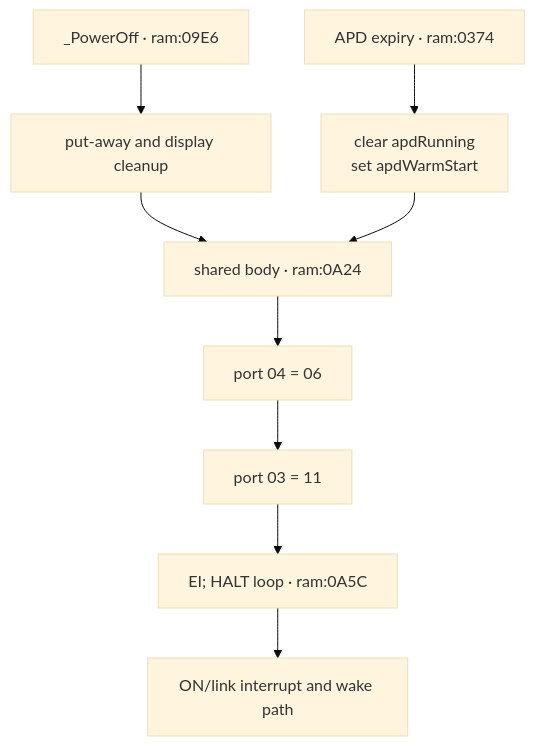
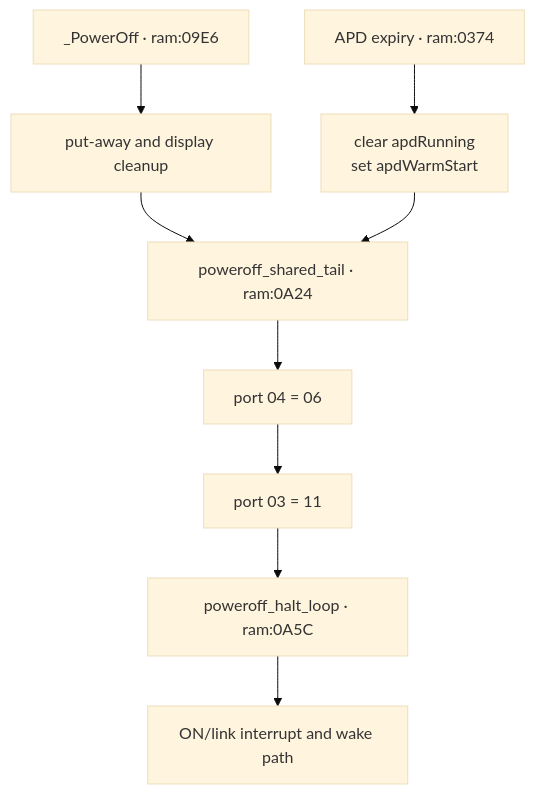
Before and after one commit to siraben/ti84p-re: the second of 2 diagrams in docs/clock-timers-power.md, drawn with Mermaid (base theme). The commit also changed other lines of this file and 21 other files, not shown here.

````diff
--- a/docs/clock-timers-power.md
+++ b/docs/clock-timers-power.md
@@ -440,11 +454,11 @@
 ```mermaid
 flowchart TD
     EX["_PowerOff · ram:09E6"] --> CLEAN["put-away and display cleanup"]
     APD["APD expiry · ram:0374"] --> APDF["clear apdRunning<br/>set apdWarmStart"]
-    CLEAN --> JOIN["shared body · ram:0A24"]
+    CLEAN --> JOIN["poweroff_shared_tail · ram:0A24"]
     APDF --> JOIN
     JOIN --> P4["port 04 = 06"]
     P4 --> P3["port 03 = 11"]
-    P3 --> H["EI; HALT loop · ram:0A5C"]
+    P3 --> H["poweroff_halt_loop · ram:0A5C"]
     H --> WAKE["ON/link interrupt and wake path"]
 ```
````
